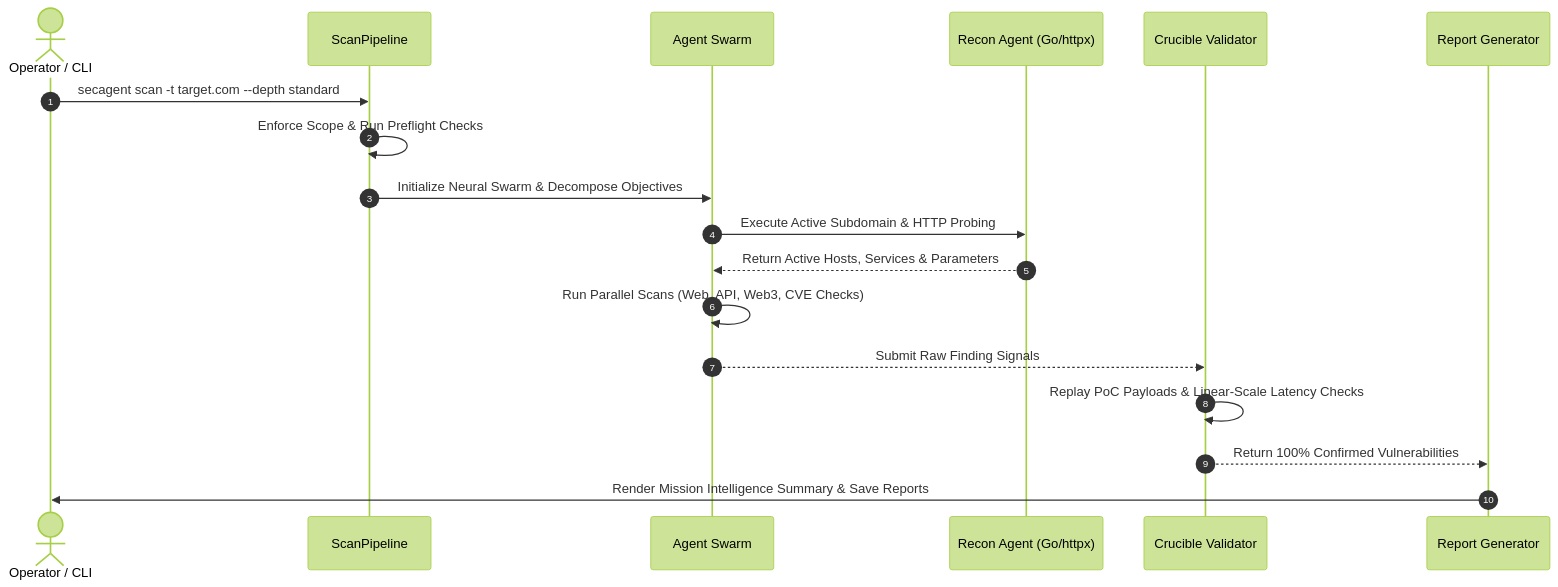
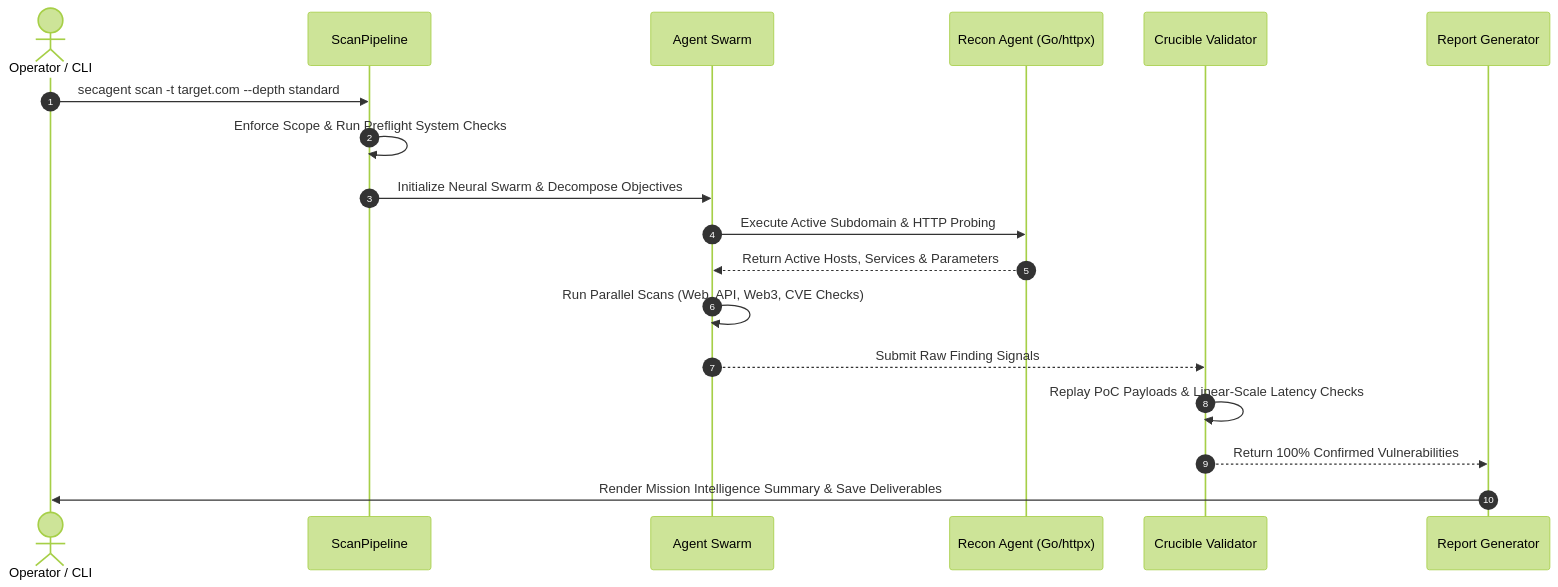
Before and after one commit to gl1tch0x1/cog-ai: the second of 4 diagrams in README.md, drawn with Mermaid (forest theme). The commit also changed other lines of this file, not shown here.

First line of the commit message:
docs(readme): expand README with comprehensive capabilities matrix, deliverable schemas, and detailed troubleshooting guide

````diff
--- a/README.md
+++ b/README.md
@@ -151,21 +156,21 @@
 ```mermaid
 sequenceDiagram
     autonumber
     actor Operator as Operator / CLI
     participant Pipeline as ScanPipeline
     participant Swarm as Agent Swarm
     participant Recon as Recon Agent (Go/httpx)
     participant Validator as Crucible Validator
     participant Reporter as Report Generator
 
     Operator->>Pipeline: secagent scan -t target.com --depth standard
-    Pipeline->>Pipeline: Enforce Scope & Run Preflight Checks
+    Pipeline->>Pipeline: Enforce Scope & Run Preflight System Checks
     Pipeline->>Swarm: Initialize Neural Swarm & Decompose Objectives
     Swarm->>Recon: Execute Active Subdomain & HTTP Probing
     Recon-->>Swarm: Return Active Hosts, Services & Parameters
     Swarm->>Swarm: Run Parallel Scans (Web, API, Web3, CVE Checks)
     Swarm-->>Validator: Submit Raw Finding Signals
     Validator->>Validator: Replay PoC Payloads & Linear-Scale Latency Checks
     Validator-->>Reporter: Return 100% Confirmed Vulnerabilities
-    Reporter->>Operator: Render Mission Intelligence Summary & Save Reports
+    Reporter->>Operator: Render Mission Intelligence Summary & Save Deliverables
 ```
````
